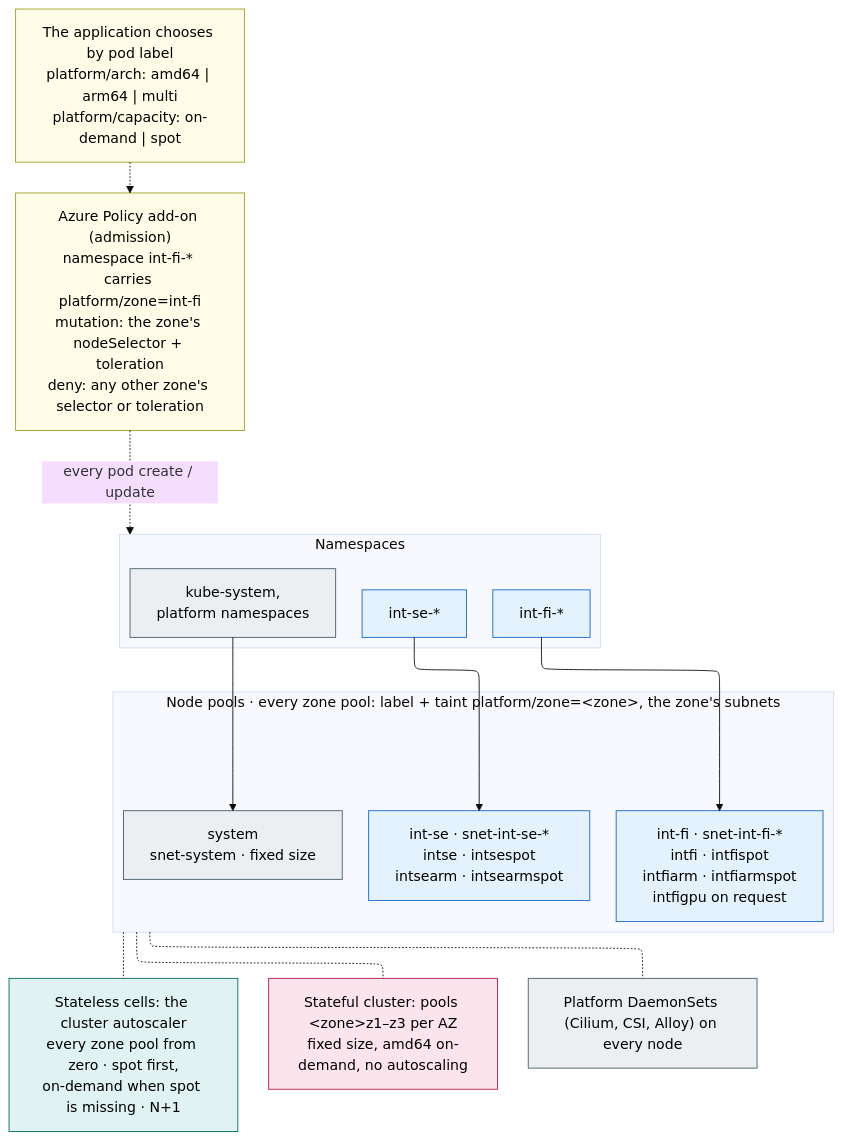
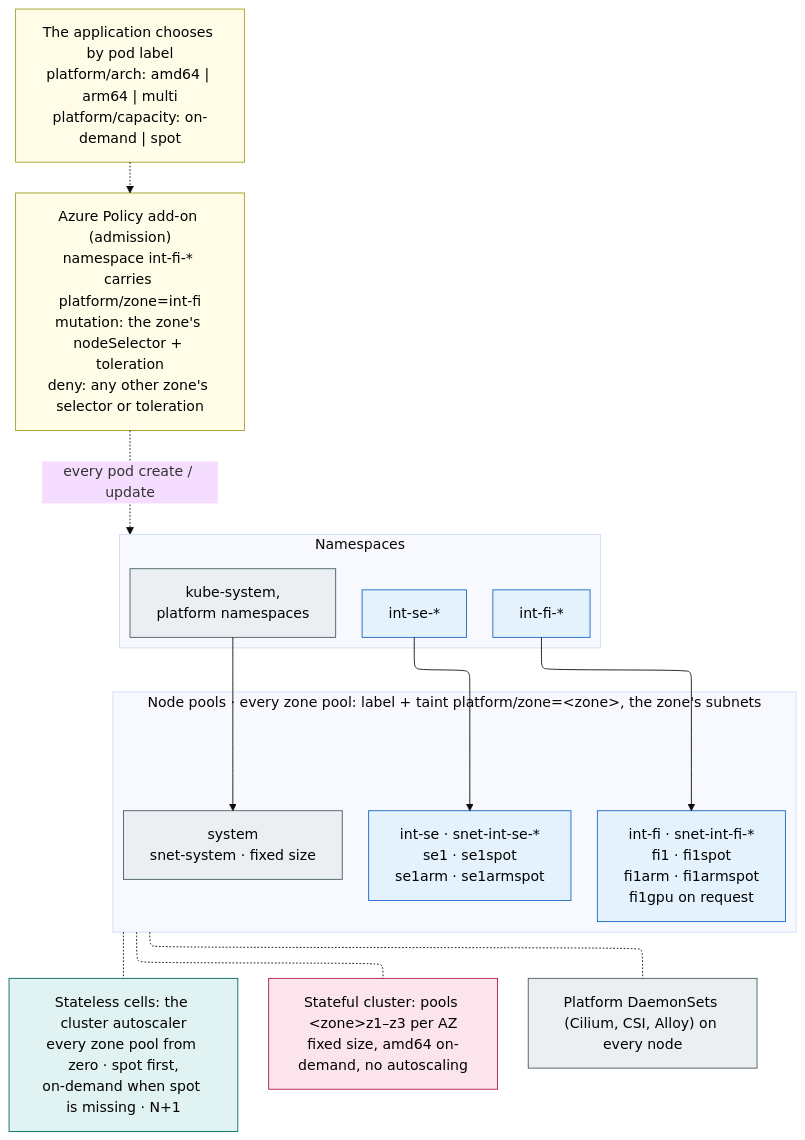
Before and after one commit to onek8s/onek8s.github.io: the diagram in diagrams/2.3-node-pools.mmd, drawn with Mermaid (base theme). The commit also changed 15 other files, not shown here.

```diff
--- a/diagrams/2.3-node-pools.mmd
+++ b/diagrams/2.3-node-pools.mmd
@@ -1,47 +1,47 @@
 ---
 config:
   layout: elk
 ---
 %% Nodes per zone in one internal cell: labels, taints and admission keep a zone's pods on the zone's own nodes.
 %% Stateless cells scale their zone pools with the cluster autoscaler from zero; the stateful cluster uses fixed pools.
 flowchart TB
     choice["The application chooses by pod label<br/>platform/arch: amd64 | arm64 | multi<br/>platform/capacity: on-demand | spot"]
     adm["Azure Policy add-on (admission)<br/>namespace int-fi-* carries platform/zone=int-fi<br/>mutation: the zone's nodeSelector + toleration<br/>deny: any other zone's selector or toleration"]
 
     subgraph NS["Namespaces"]
         direction LR
         ns_sys["kube-system,<br/>platform namespaces"]
         ns_ifi["int-fi-*"]
         ns_ise["int-se-*"]
     end
 
     subgraph POOLS["Node pools · every zone pool: label + taint platform/zone=&lt;zone&gt;, the zone's subnets"]
         direction LR
         p_sys["system<br/>snet-system · fixed size"]
-        p_ifi["int-fi · snet-int-fi-*<br/>intfi · intfispot<br/>intfiarm · intfiarmspot<br/>intfigpu on request"]
-        p_ise["int-se · snet-int-se-*<br/>intse · intsespot<br/>intsearm · intsearmspot"]
+        p_ifi["int-fi · snet-int-fi-*<br/>fi1 · fi1spot<br/>fi1arm · fi1armspot<br/>fi1gpu on request"]
+        p_ise["int-se · snet-int-se-*<br/>se1 · se1spot<br/>se1arm · se1armspot"]
     end
 
     csa["Stateless cells: the cluster autoscaler<br/>every zone pool from zero · spot first,<br/>on-demand when spot is missing · N+1"]
     fix["Stateful cluster: pools &lt;zone&gt;z1–z3 per AZ<br/>fixed size, amd64 on-demand, no autoscaling"]
     ds["Platform DaemonSets (Cilium, CSI, Alloy) on every node"]
 
     choice -.-> adm
     adm -.->|"every pod create / update"| NS
     ns_sys --> p_sys
     ns_ifi --> p_ifi
     ns_ise --> p_ise
     POOLS -.- csa
     POOLS -.- fix
     POOLS -.- ds
 
     classDef cp fill:#eceff1,stroke:#455a64,color:#000
     classDef int fill:#e3f2fd,stroke:#1565c0,color:#000
     classDef note fill:#fffde7,stroke:#9e9d24,color:#000
     classDef sl fill:#e0f2f1,stroke:#00695c,color:#000
     classDef sf fill:#fce4ec,stroke:#ad1457,color:#000
     class p_sys,ns_sys,ds cp
     class p_ifi,p_ise,ns_ifi,ns_ise int
     class adm,choice note
     class csa sl
     class fix sf
```
